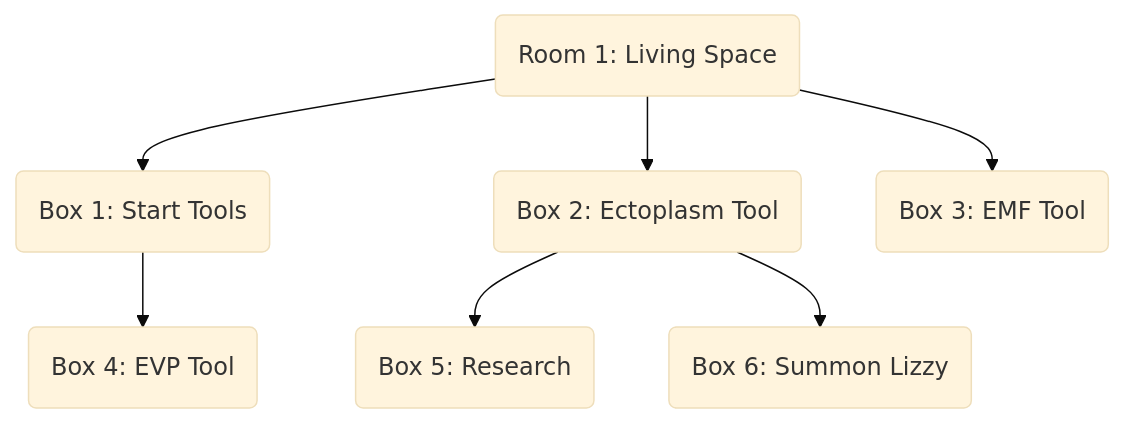
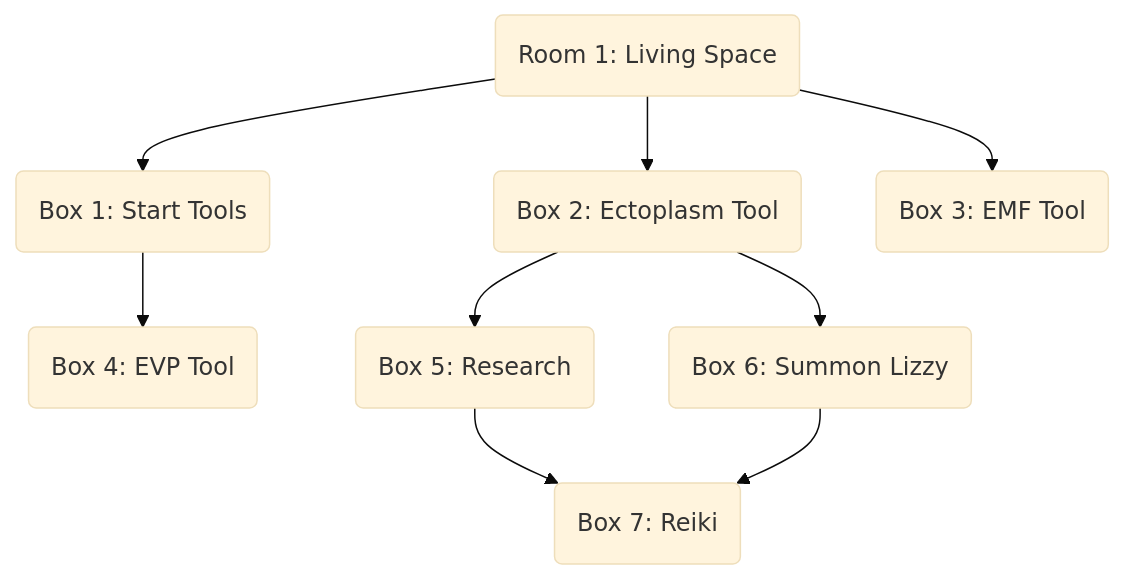
Before and after one commit to open-sesame-escape/open-sesame-escape.github.io: the diagram in content/rooms/ghost-chasers/index.md, drawn with Mermaid (base theme). The commit also changed other lines of this file and 8 other files, not shown here.

Commit message:
Add ghost chasers learn Reiki box

```diff
--- a/content/rooms/ghost-chasers/index.md
+++ b/content/rooms/ghost-chasers/index.md
@@ -219,10 +263,11 @@
 {{< mermaid align="center" >}}
 graph TB;
   R1(Room 1: Living Space) --> B1 & B2 & B3
   B1(Box 1: Start Tools) --> B4
   B2(Box 2: Ectoplasm Tool) --> B5 & B6
   B3(Box 3: EMF Tool)
   B4(Box 4: EVP Tool)
-  B5(Box 5: Research)
-  B6(Box 6: Summon Lizzy)
+  B5(Box 5: Research) --> B7
+  B6(Box 6: Summon Lizzy) --> B7
+  B7(Box 7: Reiki)
 {{< /mermaid >}}
```
